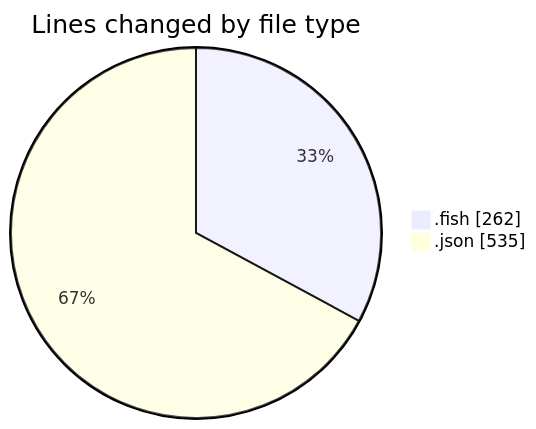
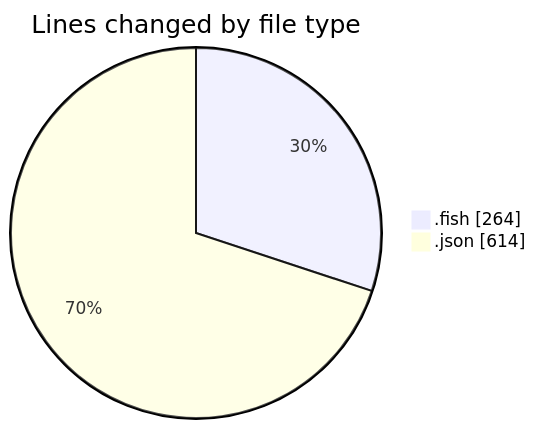
The first of 2 diagrams in 2025-07-24/fish/README.md (EIIisD/code-tracking), drawn with Mermaid before and after one commit. The commit also changed other lines of this file and 1 other file, not shown here.

````diff
--- a/2025-07-24/fish/README.md
+++ b/2025-07-24/fish/README.md
@@ -25,6 +26,6 @@
 ```mermaid
 pie showData
 title Lines changed by file type
-".fish" : 262
-".json" : 535
+".fish" : 264
+".json" : 614
 ```
````
